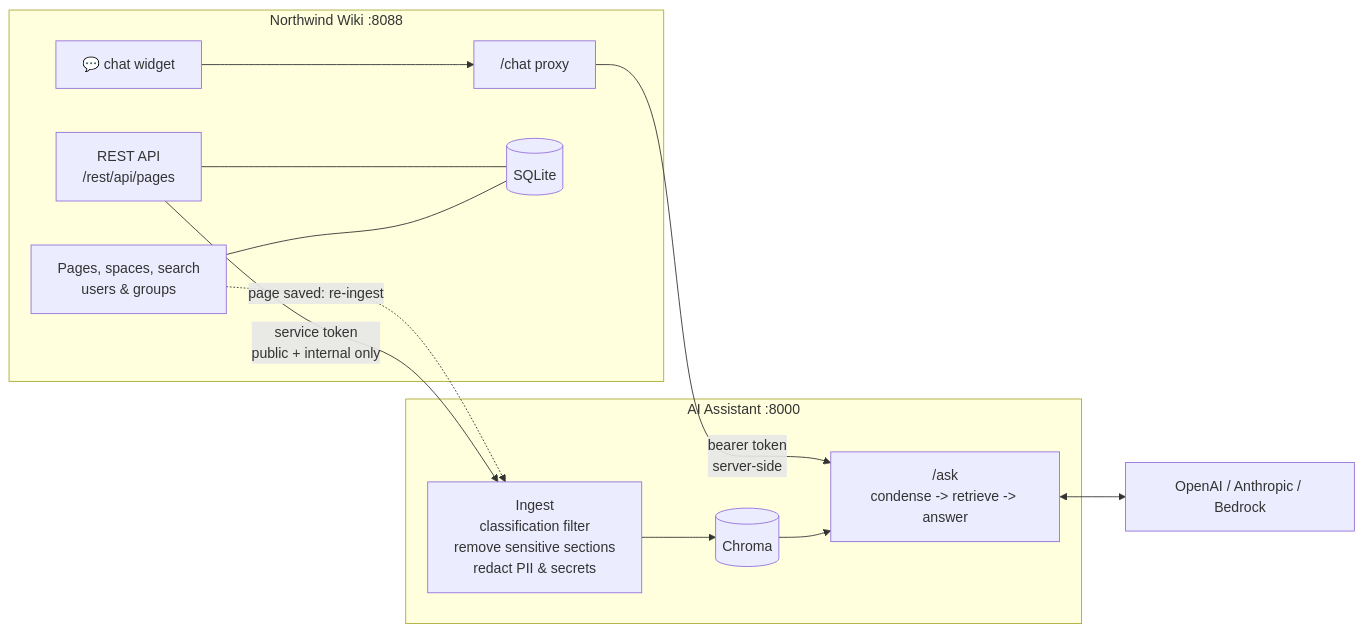
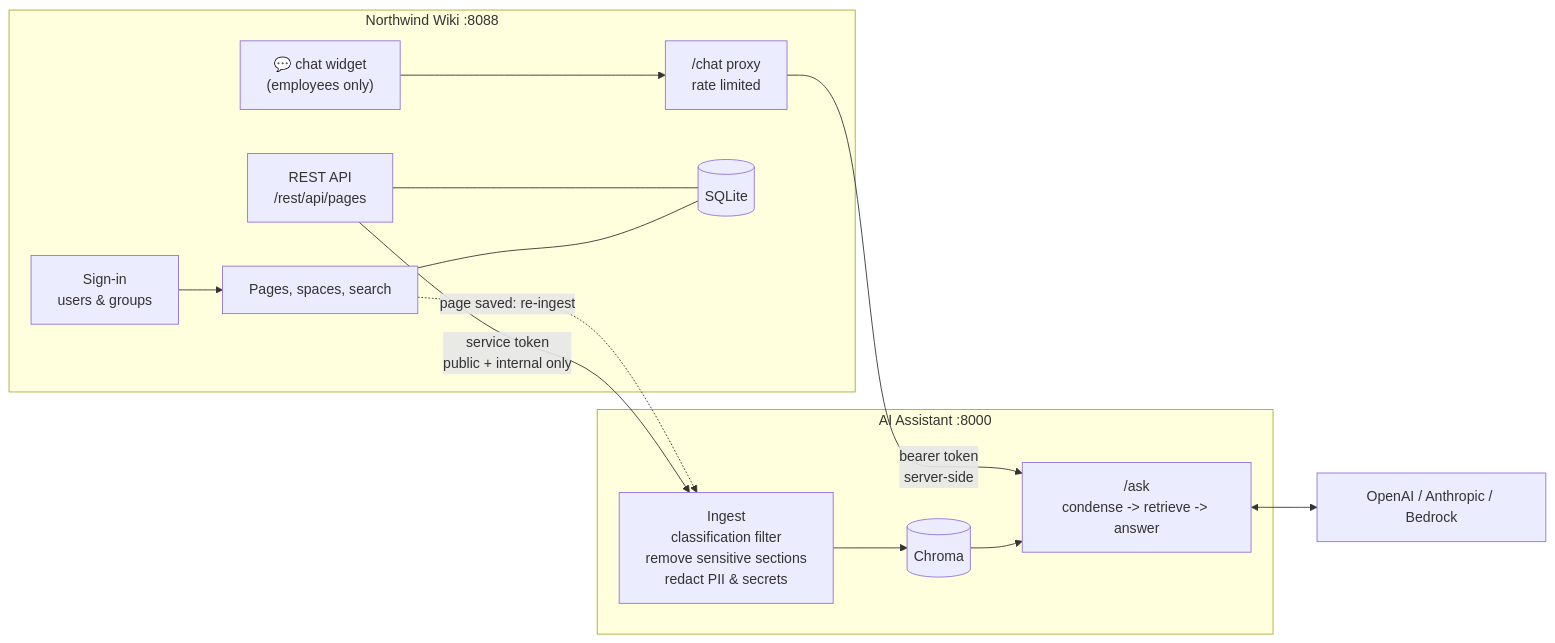
Before and after one commit to KarthikKumarBA/ai-rag-chatbot: the diagram in README.md, drawn with Mermaid. The commit also changed other lines of this file and 17 other files, not shown here.

````diff
--- a/README.md
+++ b/README.md
@@ -11,27 +36,29 @@
 ```mermaid
 flowchart LR
     subgraph wiki["Northwind Wiki :8088"]
-        UI["Pages, spaces, search<br/>users & groups"]
-        W["💬 chat widget"]
+        LOGIN["Sign-in<br/>users & groups"]
+        UI["Pages, spaces, search"]
+        W["💬 chat widget<br/>(employees only)"]
         REST["REST API<br/>/rest/api/pages"]
-        PROXY["/chat proxy"]
+        PROXY["/chat proxy<br/>rate limited"]
         DB[("SQLite")]
+        LOGIN --> UI
         UI --- DB
         REST --- DB
         W --> PROXY
     end
 
     subgraph rag["AI Assistant :8000"]
         ING["Ingest<br/>classification filter<br/>remove sensitive sections<br/>redact PII & secrets"]
         V[("Chroma")]
         ASK["/ask<br/>condense -> retrieve -> answer"]
         ING --> V --> ASK
     end
 
     LLM["OpenAI / Anthropic / Bedrock"]
 
     REST -->|service token<br/>public + internal only| ING
     PROXY -->|bearer token<br/>server-side| ASK
     ASK <--> LLM
     UI -. page saved: re-ingest .-> ING
 ```
````
